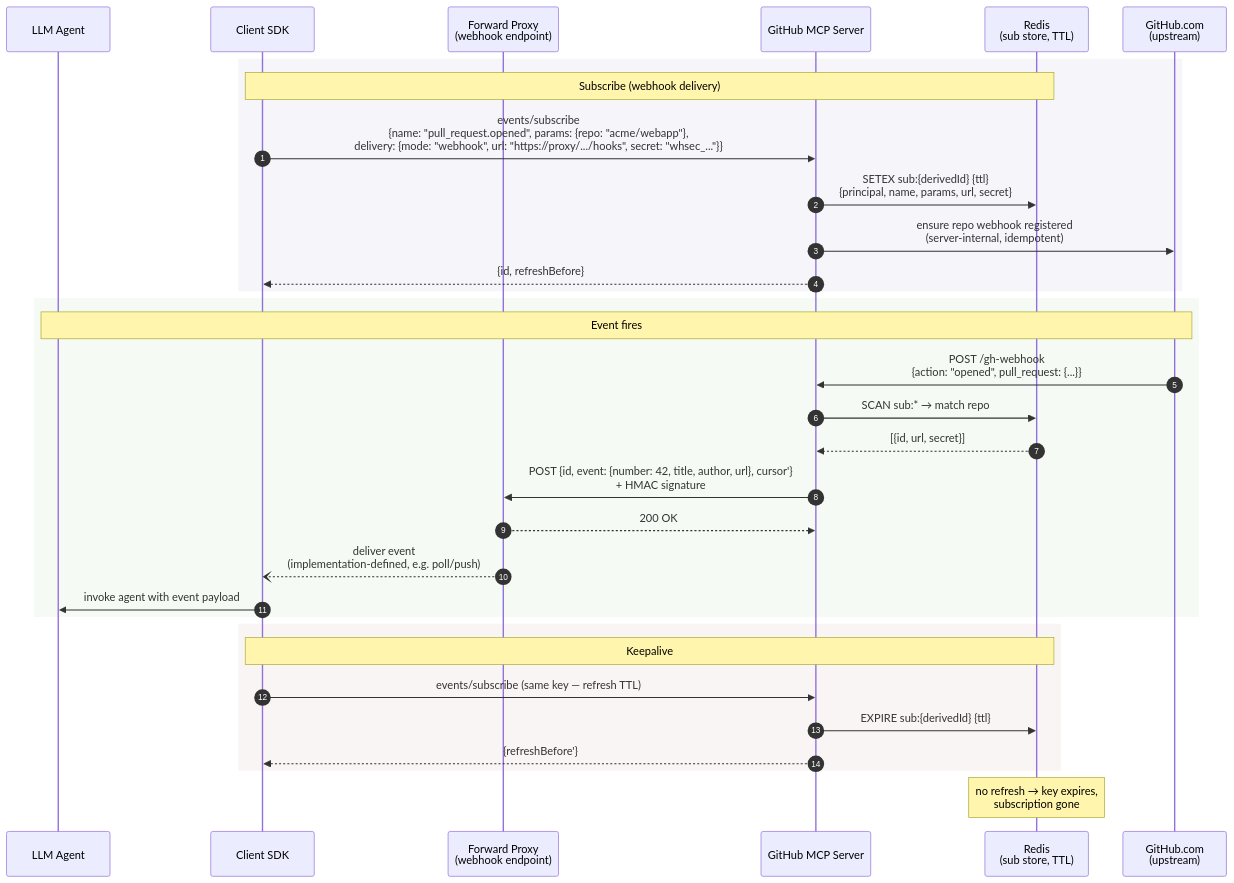
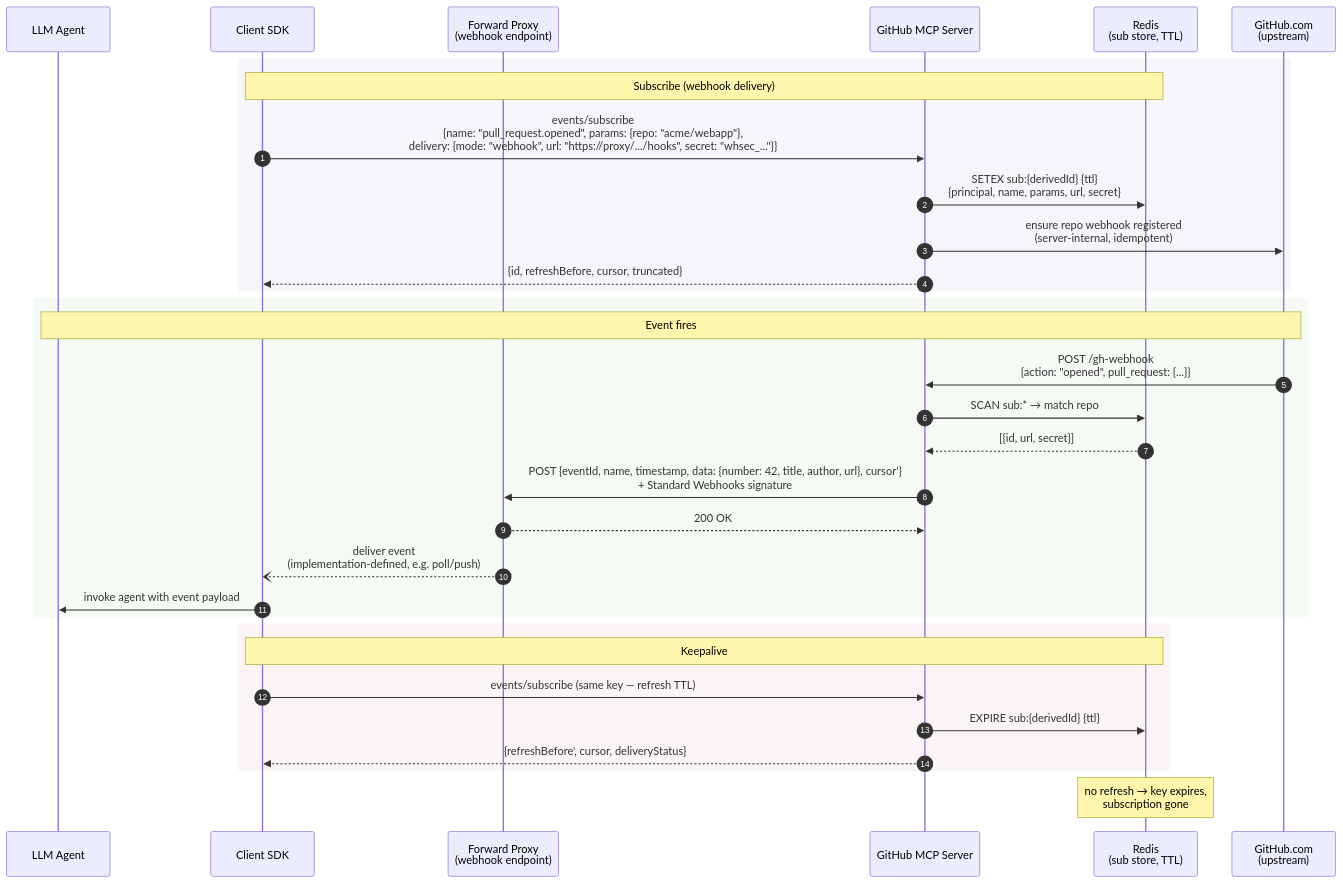
One commit to modelcontextprotocol/experimental-ext-triggers-events changed the fourth of 4 diagrams in docs/design-sketch-proposal.md. Above: the diagram before and after it, drawn with Mermaid. The commit also changed other lines of this file, not shown here.

````diff
--- a/docs/design-sketch-proposal.md
+++ b/docs/design-sketch-proposal.md
@@ -888,37 +901,37 @@
 ```mermaid
 sequenceDiagram
     autonumber
     participant LLM as LLM Agent
     participant SDK as Client SDK
     participant Proxy as Forward Proxy<br/>(webhook endpoint)
     participant Server as GitHub MCP Server
     participant Redis as Redis<br/>(sub store, TTL)
     participant GH as GitHub.com<br/>(upstream)
 
     rect rgb(245,245,250)
         Note over SDK,Redis: Subscribe (webhook delivery)
         SDK->>Server: events/subscribe<br/>{name: "pull_request.opened", params: {repo: "acme/webapp"},<br/>delivery: {mode: "webhook", url: "https://proxy/.../hooks", secret: "whsec_..."}}
         Server->>Redis: SETEX sub:{derivedId} {ttl}<br/>{principal, name, params, url, secret}
         Server->>GH: ensure repo webhook registered<br/>(server-internal, idempotent)
-        Server-->>SDK: {id, refreshBefore}
+        Server-->>SDK: {id, refreshBefore, cursor, truncated}
     end
 
     rect rgb(245,250,245)
         Note over GH,LLM: Event fires
         GH->>Server: POST /gh-webhook<br/>{action: "opened", pull_request: {...}}
         Server->>Redis: SCAN sub:* → match repo
         Redis-->>Server: [{id, url, secret}]
-        Server->>Proxy: POST {id, event: {number: 42, title, author, url}, cursor'}<br/>+ HMAC signature
+        Server->>Proxy: POST {eventId, name, timestamp, data: {number: 42, title, author, url}, cursor'}<br/>+ Standard Webhooks signature
         Proxy-->>Server: 200 OK
         Proxy--)SDK: deliver event<br/>(implementation-defined, e.g. poll/push)
         SDK->>LLM: invoke agent with event payload
     end
 
     rect rgb(250,245,245)
         Note over SDK,Redis: Keepalive
         SDK->>Server: events/subscribe (same key — refresh TTL)
         Server->>Redis: EXPIRE sub:{derivedId} {ttl}
-        Server-->>SDK: {refreshBefore'}
+        Server-->>SDK: {refreshBefore', cursor, deliveryStatus}
     end
     Note over Redis: no refresh → key expires,<br/>subscription gone
 ```
````
